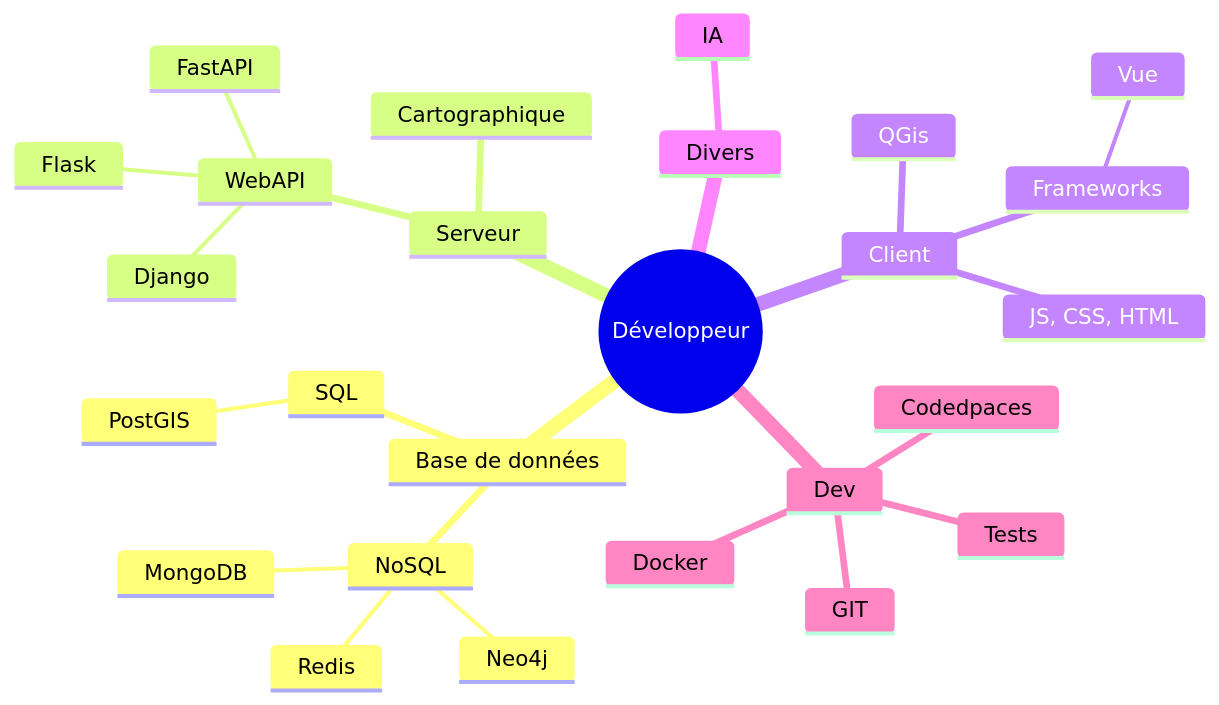
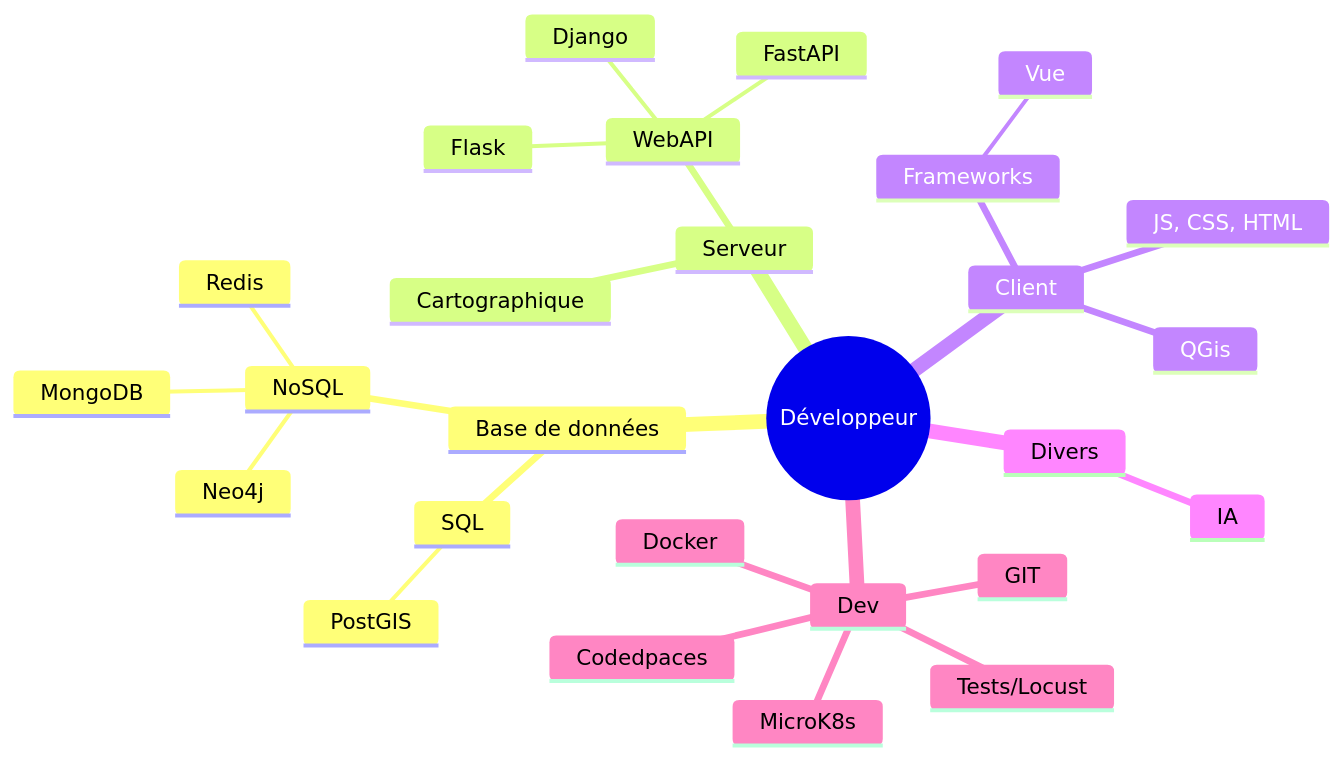
The diagram in _pages/fr/index.md (voirinprof/voirinprof.github.io), drawn with Mermaid before and after one commit. The commit also changed 1 other file, not shown here.

Commit message:
feat: Update index pages to include Locust testing and MicroK8s sections

```diff
--- a/_pages/fr/index.md
+++ b/_pages/fr/index.md
@@ -44,47 +44,49 @@
 <pre class="mermaid">
       mindmap
   root((Développeur))
     :::firstblock
     Base de données
     :::secondblock
       SQL
       :::thirdblock
         PostGIS
       NoSQL
       :::thirdblock
         Redis
         MongoDB
         Neo4j
     Serveur
     :::secondblock
       WebAPI
       :::thirdblock
         Flask
         FastAPI
         Django
       Cartographique
       :::thirdblock
     Client
     :::secondblock
       QGis
       :::thirdblock
       JS, CSS, HTML
       :::thirdblock
       Frameworks
       :::thirdblock
         Vue
     Divers
     :::secondblock
       IA
       :::thirdblock      
     Dev
     :::secondblock
       Docker
       :::thirdblock      
       Codedpaces
       :::thirdblock      
       GIT
       :::thirdblock      
-      Tests
+      Tests/Locust
+      :::thirdblock
+      MicroK8s
       :::thirdblock
     </pre>
```
